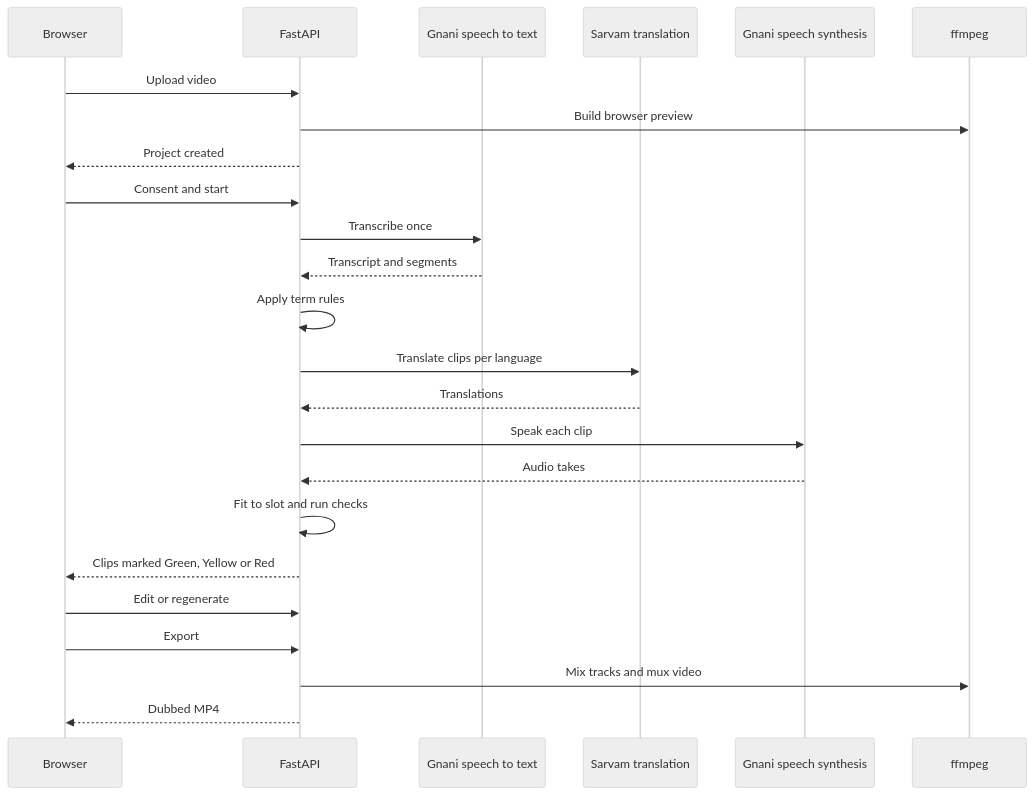
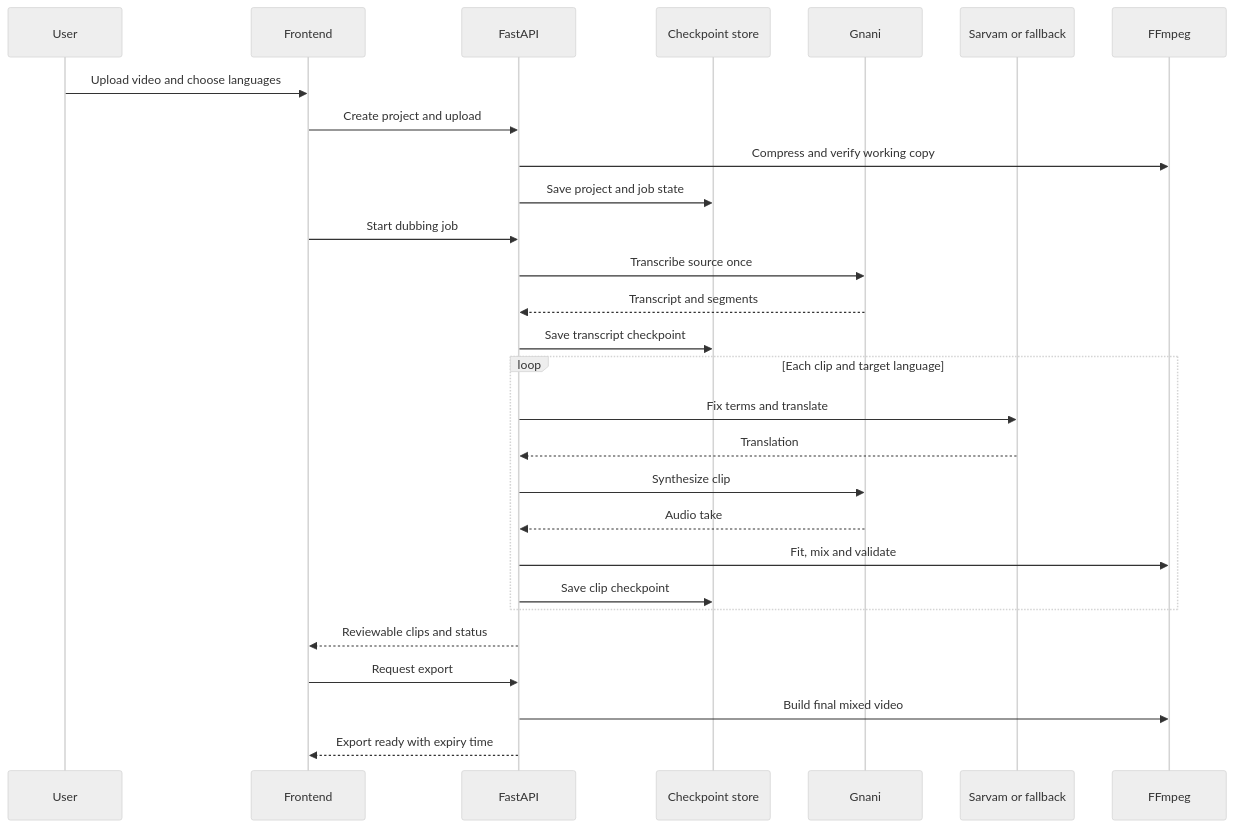
One commit to Aarti-panchal01/anek changed the third of 5 diagrams in README.md. Above: the diagram before and after it, drawn with Mermaid (neutral theme). The commit also changed other lines of this file and 1 other file, not shown here.

````diff
--- a/README.md
+++ b/README.md
@@ -135,27 +113,30 @@
 ```mermaid
 sequenceDiagram
-    participant B as Browser
+    participant User
+    participant Web as Frontend
     participant API as FastAPI
-    participant STT as Gnani speech to text
-    participant TR as Sarvam translation
-    participant TTS as Gnani speech synthesis
-    participant FF as ffmpeg
-
-    B->>API: Upload video
-    API->>FF: Build browser preview
-    API-->>B: Project created
-    B->>API: Consent and start
-    API->>STT: Transcribe once
-    STT-->>API: Transcript and segments
-    API->>API: Apply term rules
-    API->>TR: Translate clips per language
-    TR-->>API: Translations
-    API->>TTS: Speak each clip
-    TTS-->>API: Audio takes
-    API->>API: Fit to slot and run checks
-    API-->>B: Clips marked Green, Yellow or Red
-    B->>API: Edit or regenerate
-    B->>API: Export
-    API->>FF: Mix tracks and mux video
-    API-->>B: Dubbed MP4
+    participant Store as Checkpoint store
+    participant Speech as Gnani
+    participant Translate as Sarvam or fallback
+    participant Media as FFmpeg
+    User->>Web: Upload video and choose languages
+    Web->>API: Create project and upload
+    API->>Media: Compress and verify working copy
+    API->>Store: Save project and job state
+    Web->>API: Start dubbing job
+    API->>Speech: Transcribe source once
+    Speech-->>API: Transcript and segments
+    API->>Store: Save transcript checkpoint
+    loop Each clip and target language
+        API->>Translate: Fix terms and translate
+        Translate-->>API: Translation
+        API->>Speech: Synthesize clip
+        Speech-->>API: Audio take
+        API->>Media: Fit, mix and validate
+        API->>Store: Save clip checkpoint
+    end
+    API-->>Web: Reviewable clips and status
+    Web->>API: Request export
+    API->>Media: Build final mixed video
+    API-->>Web: Export ready with expiry time
 ```
````
